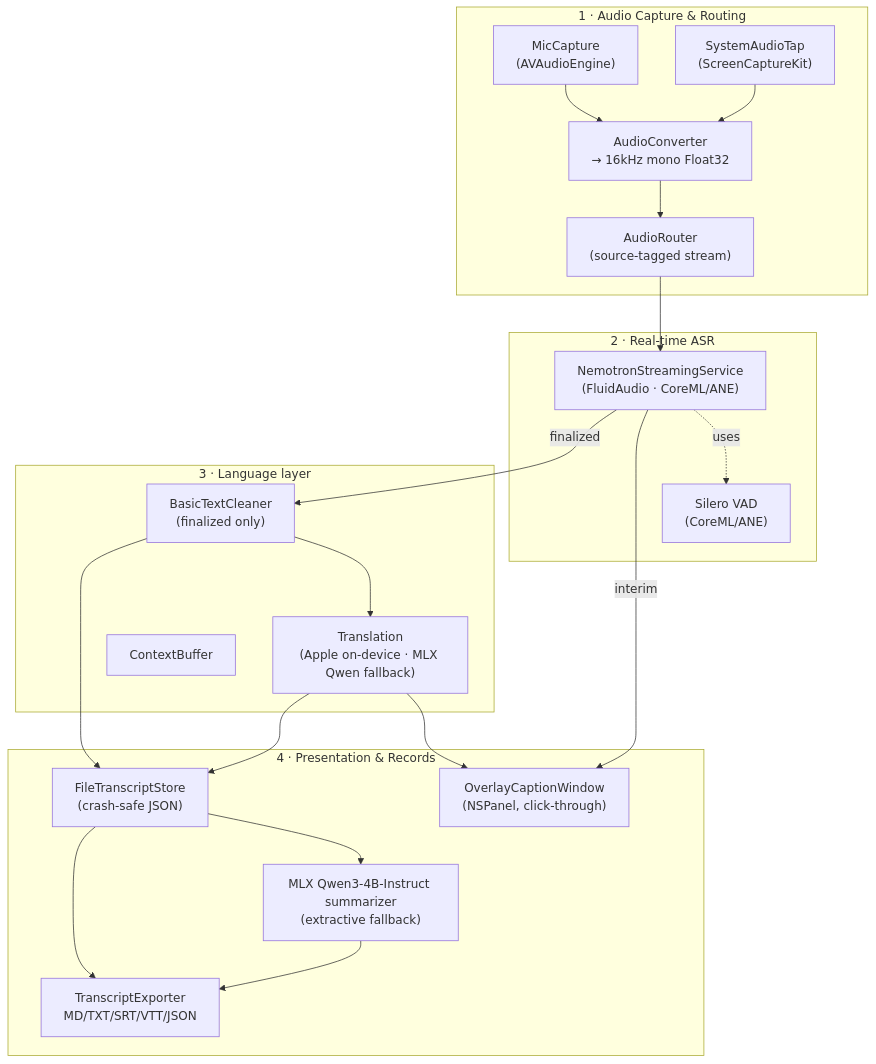
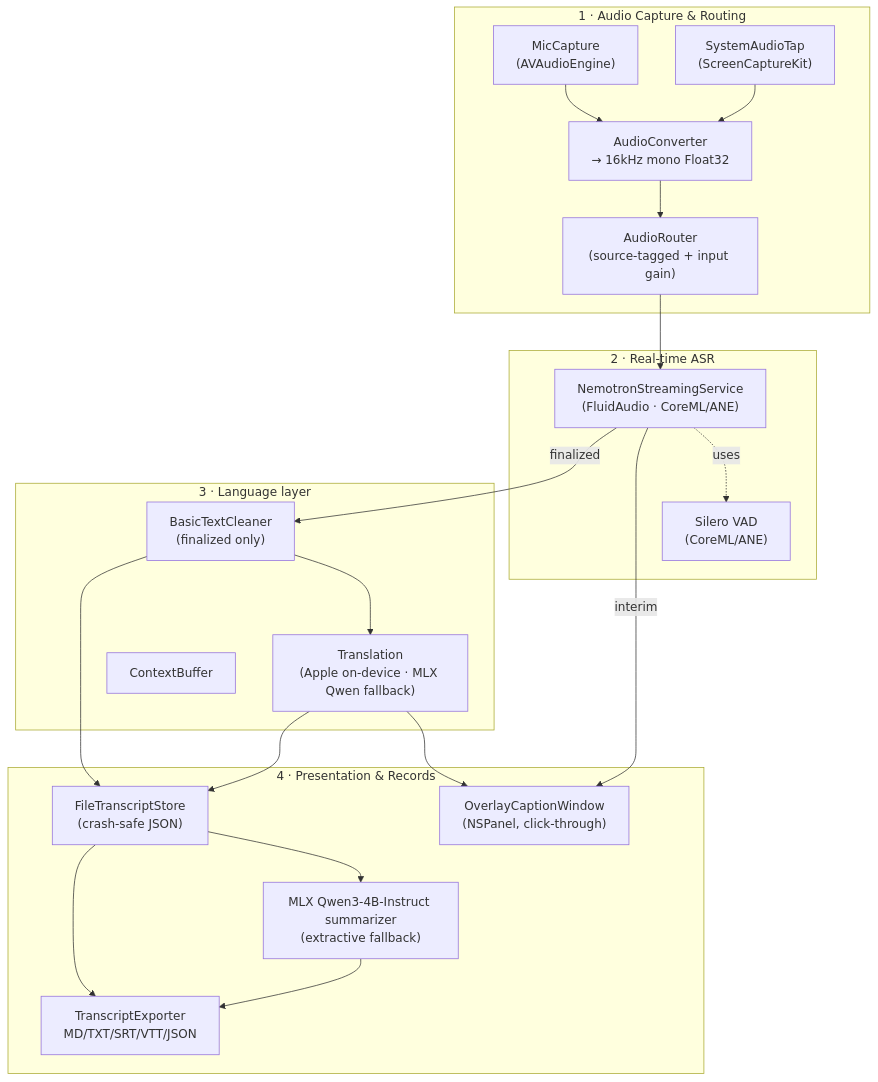
One commit to huang422/EdgeAI-Flow-Translate changed the first of 2 diagrams in README.md. Above: the diagram before and after it, drawn with Mermaid. The commit also changed other lines of this file and 7 other files, not shown here.

Commit message:
Add input audio-gain

````diff
--- a/README.md
+++ b/README.md
@@ -192,42 +194,42 @@
 ```mermaid
 flowchart TB
     subgraph Capture["1 · Audio Capture & Routing"]
         MIC["MicCapture<br/>(AVAudioEngine)"]
         SYS["SystemAudioTap<br/>(ScreenCaptureKit)"]
         CONV["AudioConverter<br/>→ 16kHz mono Float32"]
-        ROUTER["AudioRouter<br/>(source-tagged stream)"]
+        ROUTER["AudioRouter<br/>(source-tagged + input gain)"]
         MIC --> CONV
         SYS --> CONV
         CONV --> ROUTER
     end
 
     subgraph ASR["2 · Real-time ASR"]
         NEMO["NemotronStreamingService<br/>(FluidAudio · CoreML/ANE)"]
         VAD["Silero VAD<br/>(CoreML/ANE)"]
         ROUTER --> NEMO
         NEMO -. uses .-> VAD
     end
 
     subgraph Lang["3 · Language layer"]
         CLEAN["BasicTextCleaner<br/>(finalized only)"]
         TRANS["Translation<br/>(Apple on-device · MLX Qwen fallback)"]
         CTX["ContextBuffer"]
     end
 
     subgraph UX["4 · Presentation & Records"]
         OVERLAY["OverlayCaptionWindow<br/>(NSPanel, click-through)"]
         STORE["FileTranscriptStore<br/>(crash-safe JSON)"]
         SUM["MLX Qwen3-4B-Instruct summarizer<br/>(extractive fallback)"]
         EXPORT["TranscriptExporter<br/>MD/TXT/SRT/VTT/JSON"]
     end
 
     NEMO -- "interim" --> OVERLAY
     NEMO -- "finalized" --> CLEAN
     CLEAN --> TRANS
     CLEAN --> STORE
     TRANS --> OVERLAY
     TRANS --> STORE
     STORE --> SUM
     STORE --> EXPORT
     SUM --> EXPORT
 ```
````
